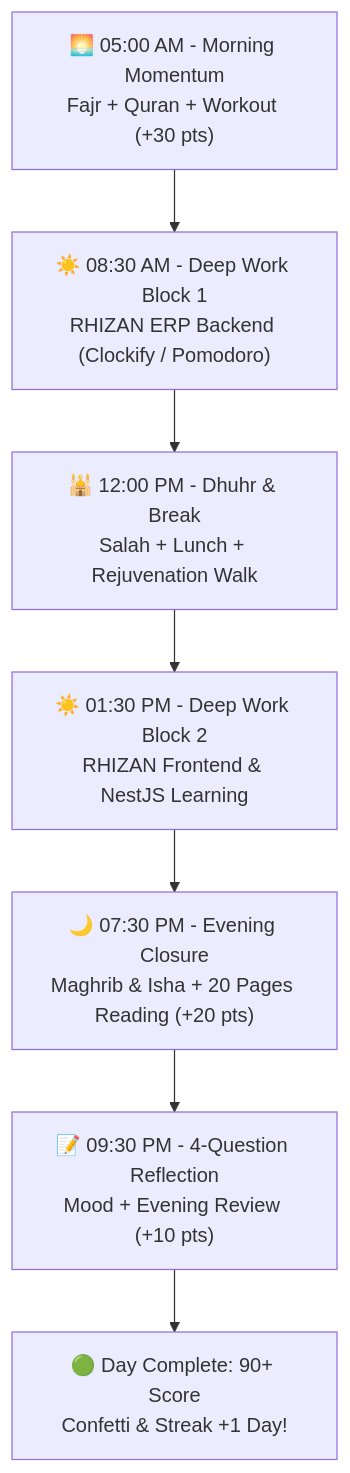
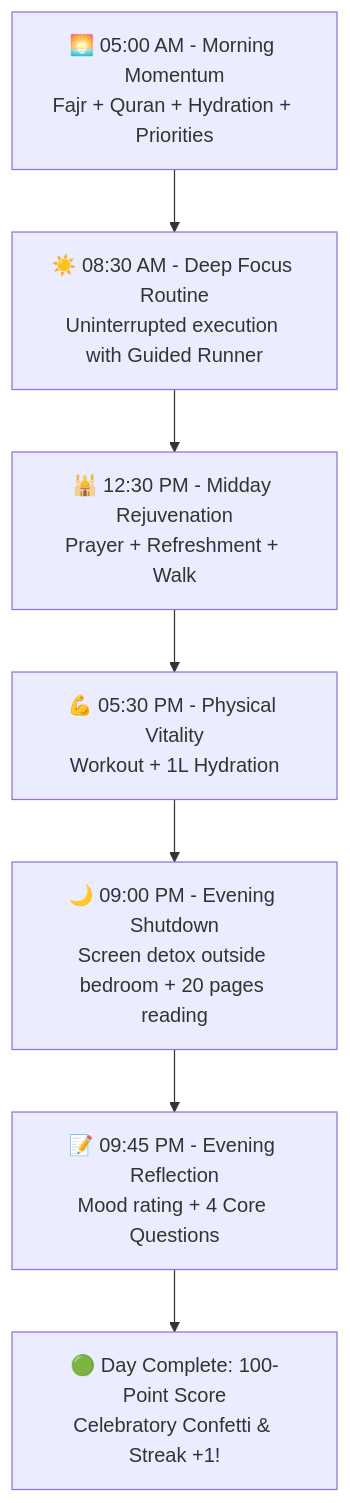
Before and after one commit to Abdulazizgr/project-90: the diagram in USER_MANUAL.md, drawn with Mermaid. The commit also changed other lines of this file and 4 other files, not shown here.

````diff
--- a/USER_MANUAL.md
+++ b/USER_MANUAL.md
@@ -45,9 +37,9 @@
 ```mermaid
 graph TD
-    A["🌅 05:00 AM - Morning Momentum<br/>Fajr + Quran + Workout (+30 pts)"] --> B["☀️ 08:30 AM - Deep Work Block 1<br/>RHIZAN ERP Backend (Clockify / Pomodoro)"]
-    B --> C["🕌 12:00 PM - Dhuhr & Break<br/>Salah + Lunch + Rejuvenation Walk"]
-    C --> D["☀️ 01:30 PM - Deep Work Block 2<br/>RHIZAN Frontend & NestJS Learning"]
-    D --> E["🌙 07:30 PM - Evening Closure<br/>Maghrib & Isha + 20 Pages Reading (+20 pts)"]
-    E --> F["📝 09:30 PM - 4-Question Reflection<br/>Mood + Evening Review (+10 pts)"]
-    F --> G["🟢 Day Complete: 90+ Score<br/>Confetti & Streak +1 Day!"]
+    A["🌅 05:00 AM - Morning Momentum<br/>Fajr + Quran + Hydration + Priorities"] --> B["☀️ 08:30 AM - Deep Focus Routine<br/>Uninterrupted execution with Guided Runner"]
+    B --> C["🕌 12:30 PM - Midday Rejuvenation<br/>Prayer + Refreshment + Walk"]
+    C --> D["💪 05:30 PM - Physical Vitality<br/>Workout + 1L Hydration"]
+    D --> E["🌙 09:00 PM - Evening Shutdown<br/>Screen detox outside bedroom + 20 pages reading"]
+    E --> F["📝 09:45 PM - Evening Reflection<br/>Mood rating + 4 Core Questions"]
+    F --> G["🟢 Day Complete: 100-Point Score<br/>Celebratory Confetti & Streak +1!"]
 ```
````
